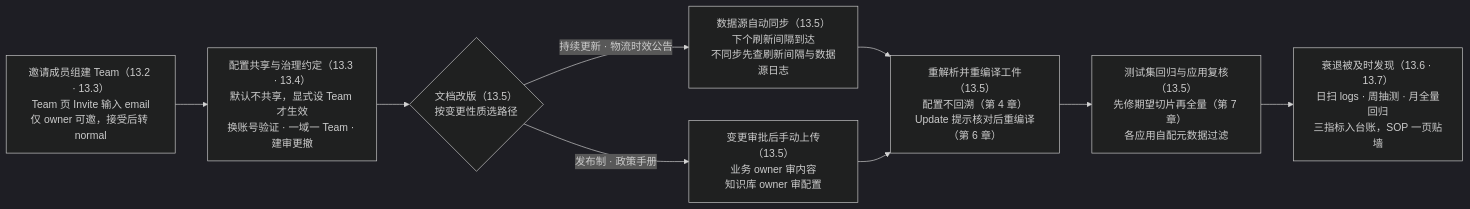
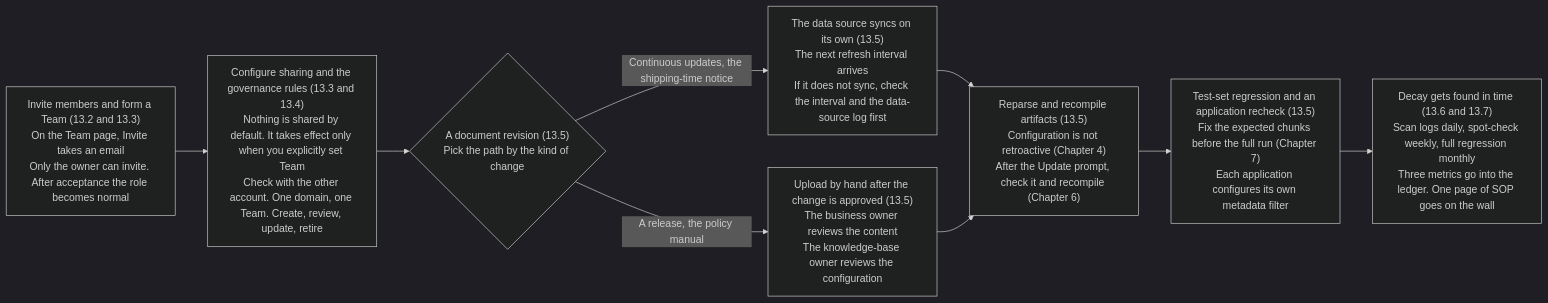
The first of 3 diagrams in books/ragflow/en/chapters/13-team-governance.md (ybak/ai-tutorial), drawn with Mermaid (dark theme) before and after one commit. The commit also changed other lines of this file and 16 other files, not shown here.

First line of the commit message:
docs(ragflow): 按审阅改英文图、注释和正文

````diff
--- a/books/ragflow/en/chapters/13-team-governance.md
+++ b/books/ragflow/en/chapters/13-team-governance.md
@@ -11,11 +11,11 @@
 ```mermaid
 flowchart LR
-    A["邀请成员组建 Team（13.2 · 13.3）<br/>Team 页 Invite 输入 email<br/>仅 owner 可邀，接受后转 normal"] --> B["配置共享与治理约定（13.3 · 13.4）<br/>默认不共享，显式设 Team 才生效<br/>换账号验证 · 一域一 Team · 建审更撤"]
-    B --> C{"文档改版（13.5）<br/>按变更性质选路径"}
-    C -->|"持续更新 · 物流时效公告"| D["数据源自动同步（13.5）<br/>下个刷新间隔到达<br/>不同步先查刷新间隔与数据源日志"]
-    C -->|"发布制 · 政策手册"| E["变更审批后手动上传（13.5）<br/>业务 owner 审内容<br/>知识库 owner 审配置"]
-    D --> F["重解析并重编译工件（13.5）<br/>配置不回溯（第 4 章）<br/>Update 提示核对后重编译（第 6 章）"]
+    A["Invite members and form a Team (13.2 and 13.3)<br/>On the Team page, Invite takes an email<br/>Only the owner can invite. After acceptance the role becomes normal"] --> B["Configure sharing and the governance rules (13.3 and 13.4)<br/>Nothing is shared by default. It takes effect only when you explicitly set Team<br/>Check with the other account. One domain, one Team. Create, review, update, retire"]
+    B --> C{"A document revision (13.5)<br/>Pick the path by the kind of change"}
+    C -->|"Continuous updates, the shipping-time notice"| D["The data source syncs on its own (13.5)<br/>The next refresh interval arrives<br/>If it does not sync, check the interval and the data-source log first"]
+    C -->|"A release, the policy manual"| E["Upload by hand after the change is approved (13.5)<br/>The business owner reviews the content<br/>The knowledge-base owner reviews the configuration"]
+    D --> F["Reparse and recompile artifacts (13.5)<br/>Configuration is not retroactive (Chapter 4)<br/>After the Update prompt, check it and recompile (Chapter 6)"]
     E --> F
-    F --> G["测试集回归与应用复核（13.5）<br/>先修期望切片再全量（第 7 章）<br/>各应用自配元数据过滤"]
-    G --> H["衰退被及时发现（13.6 · 13.7）<br/>日扫 logs · 周抽测 · 月全量回归<br/>三指标入台账，SOP 一页贴墙"]
+    F --> G["Test-set regression and an application recheck (13.5)<br/>Fix the expected chunks before the full run (Chapter 7)<br/>Each application configures its own metadata filter"]
+    G --> H["Decay gets found in time (13.6 and 13.7)<br/>Scan logs daily, spot-check weekly, full regression monthly<br/>Three metrics go into the ledger. One page of SOP goes on the wall"]
 ```
````
